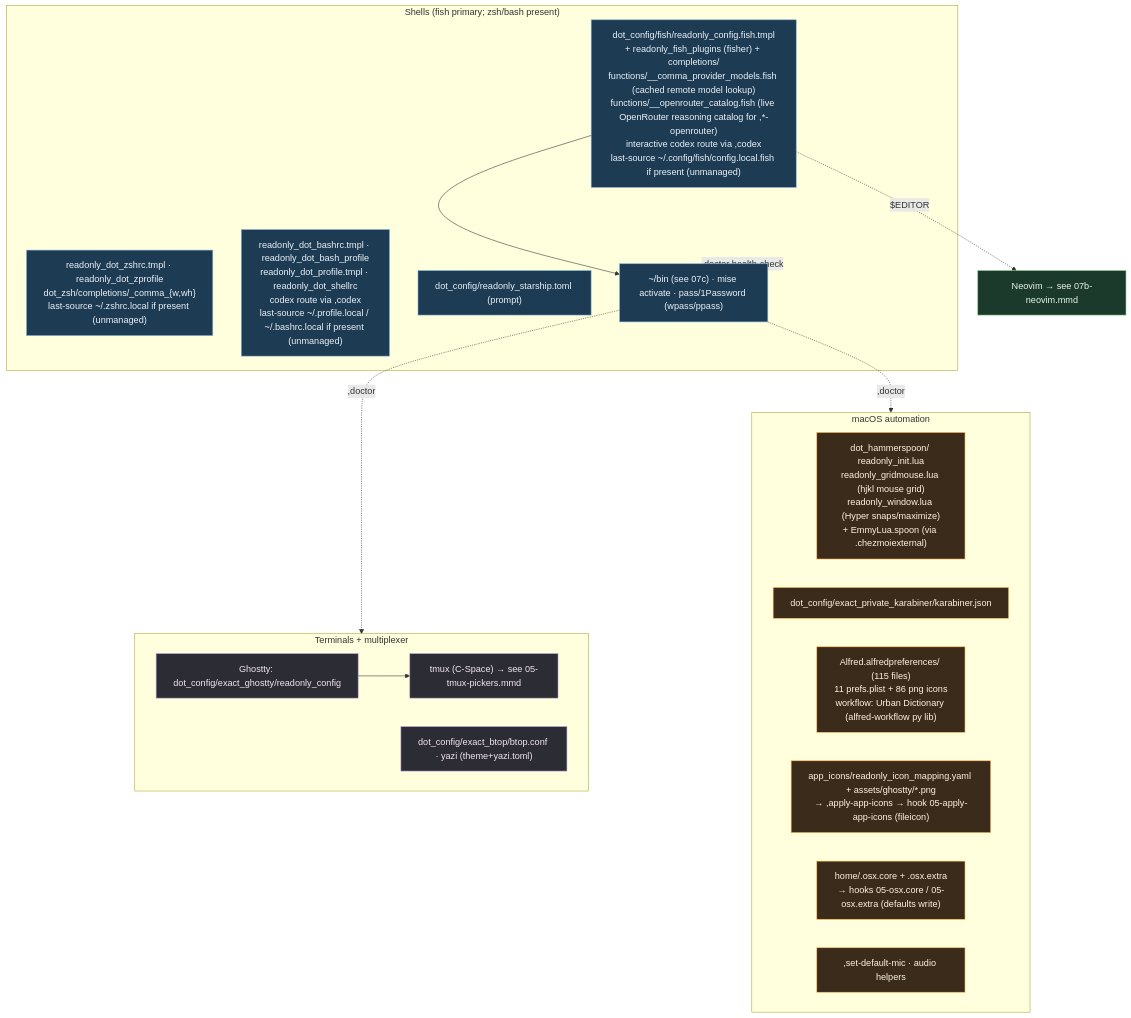
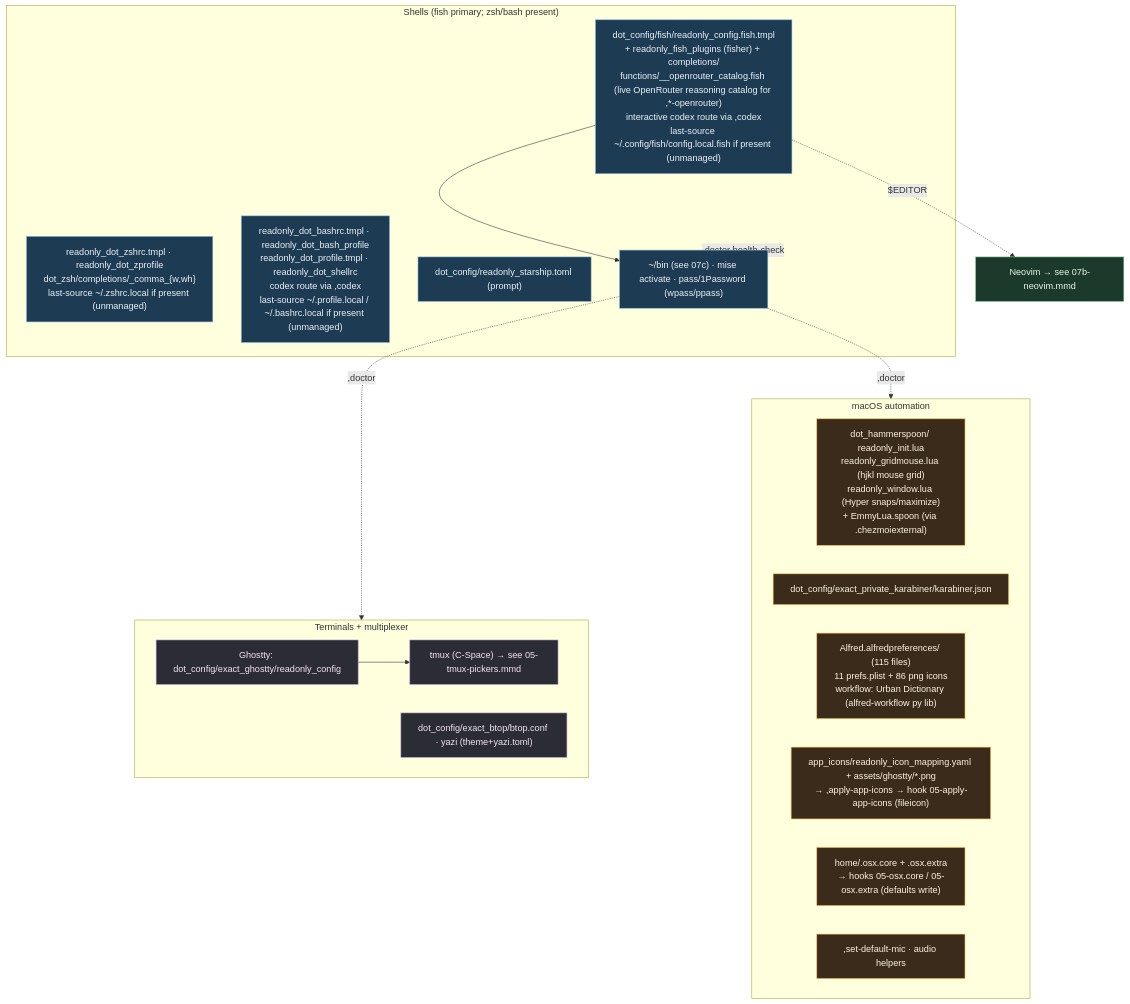
Before and after one commit to kapral18/dotfiles: the diagram in .mermaids/07-shell-editor-macos.mmd, drawn with Mermaid. The commit also changed 520 other files, not shown here.

```diff
--- a/.mermaids/07-shell-editor-macos.mmd
+++ b/.mermaids/07-shell-editor-macos.mmd
@@ -1,40 +1,40 @@
 %% ============================================================================
 %% 07-shell-editor-macos.mmd — Shell, terminals, multiplexer launch, macOS.
 %% Neovim detail → 07b. ~/bin commands + ~/lib internals → 07c. Dotfile rc files → 08.
 %% ============================================================================
 flowchart TB
     classDef shell fill:#1d3b53,stroke:#7fb3d5,color:#eaf2f8;
     classDef term fill:#2c2c34,stroke:#b39ddb,color:#f3e5f5;
     classDef mac fill:#3a2b1b,stroke:#ffb74d,color:#fff3e0;
     classDef data fill:#1b3a2b,stroke:#81c784,color:#e8f5e9;
 
     subgraph SHELLS["Shells (fish primary; zsh/bash present)"]
-        FISH["dot_config/fish/readonly_config.fish.tmpl<br/>+ readonly_fish_plugins (fisher) + completions/<br/>functions/__comma_provider_models.fish (cached remote model lookup)<br/>functions/__openrouter_catalog.fish (live OpenRouter reasoning catalog for ,*-openrouter)<br/>interactive codex route via ,codex<br/>last-source ~/.config/fish/config.local.fish if present (unmanaged)"]:::shell
+        FISH["dot_config/fish/readonly_config.fish.tmpl<br/>+ readonly_fish_plugins (fisher) + completions/<br/>functions/__openrouter_catalog.fish (live OpenRouter reasoning catalog for ,*-openrouter)<br/>interactive codex route via ,codex<br/>last-source ~/.config/fish/config.local.fish if present (unmanaged)"]:::shell
         ZSH["readonly_dot_zshrc.tmpl · readonly_dot_zprofile<br/>dot_zsh/completions/_comma_{w,wh}<br/>last-source ~/.zshrc.local if present (unmanaged)"]:::shell
         BASH["readonly_dot_bashrc.tmpl · readonly_dot_bash_profile<br/>readonly_dot_profile.tmpl · readonly_dot_shellrc<br/>codex route via ,codex<br/>last-source ~/.profile.local / ~/.bashrc.local if present (unmanaged)"]:::shell
         STAR["dot_config/readonly_starship.toml (prompt)"]:::shell
         FISH --> BINPATH["~/bin (see 07c) · mise activate · pass/1Password (wpass/ppass)"]:::shell
     end
 
     subgraph TERMS["Terminals + multiplexer"]
         GHOSTTY["Ghostty: dot_config/exact_ghostty/readonly_config"]:::term
         TMUX["tmux (C-Space) → see 05-tmux-pickers.mmd"]:::term
         BTOP["dot_config/exact_btop/btop.conf · yazi (theme+yazi.toml)"]:::term
         GHOSTTY --> TMUX
     end
 
     NVIMREF["Neovim → see 07b-neovim.mmd"]:::data
     FISH -.$EDITOR.-> NVIMREF
 
     subgraph MACOS["macOS automation"]
         HAMMER["dot_hammerspoon/ readonly_init.lua<br/>readonly_gridmouse.lua (hjkl mouse grid)<br/>readonly_window.lua (Hyper snaps/maximize)<br/>+ EmmyLua.spoon (via .chezmoiexternal)"]:::mac
         KARA["dot_config/exact_private_karabiner/karabiner.json"]:::mac
         ALFRED["Alfred.alfredpreferences/ (115 files)<br/>11 prefs.plist + 86 png icons<br/>workflow: Urban Dictionary (alfred-workflow py lib)"]:::mac
         ICONS["app_icons/readonly_icon_mapping.yaml + assets/ghostty/*.png<br/>→ ,apply-app-icons → hook 05-apply-app-icons (fileicon)"]:::mac
         OSX["home/.osx.core + .osx.extra<br/>→ hooks 05-osx.core / 05-osx.extra (defaults write)"]:::mac
         MIC[",set-default-mic · audio helpers"]:::mac
     end
 
     BINPATH -.,doctor health-check.-> SHELLS
     BINPATH -.,doctor.-> TERMS
     BINPATH -.,doctor.-> MACOS
```
